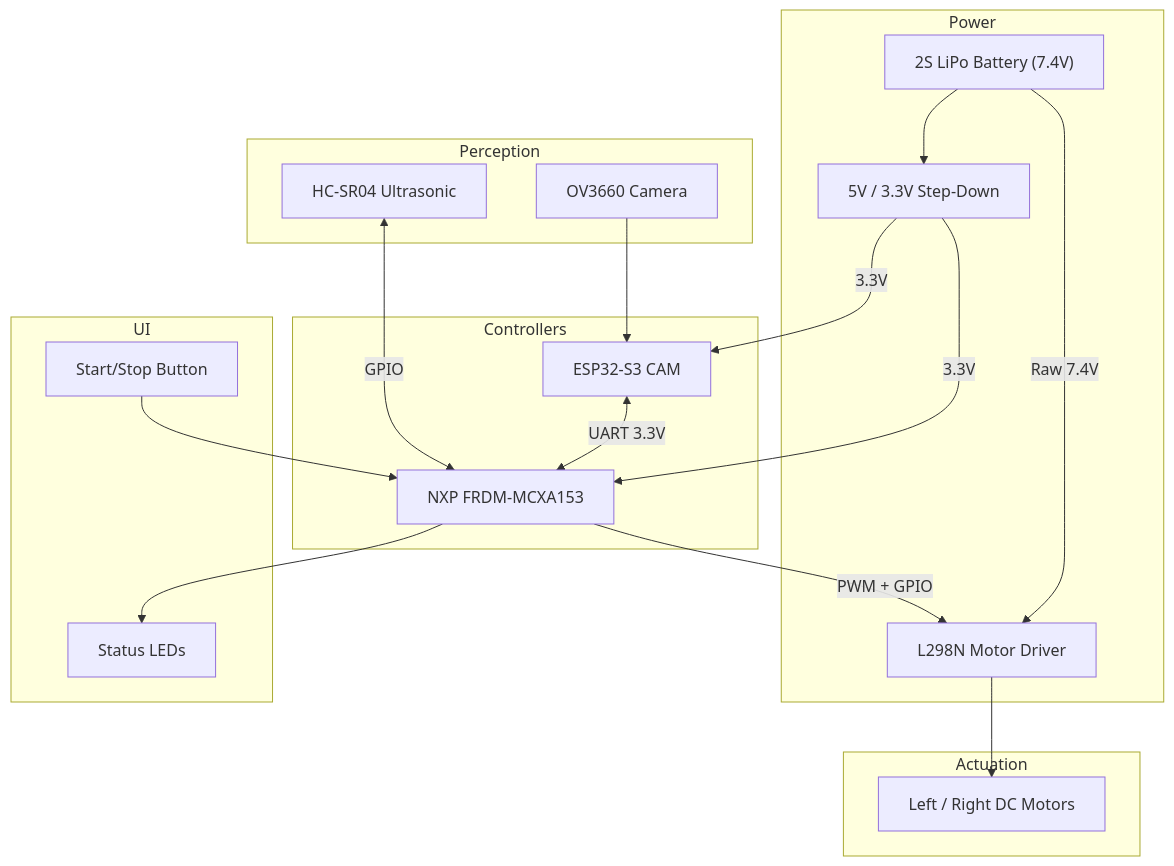
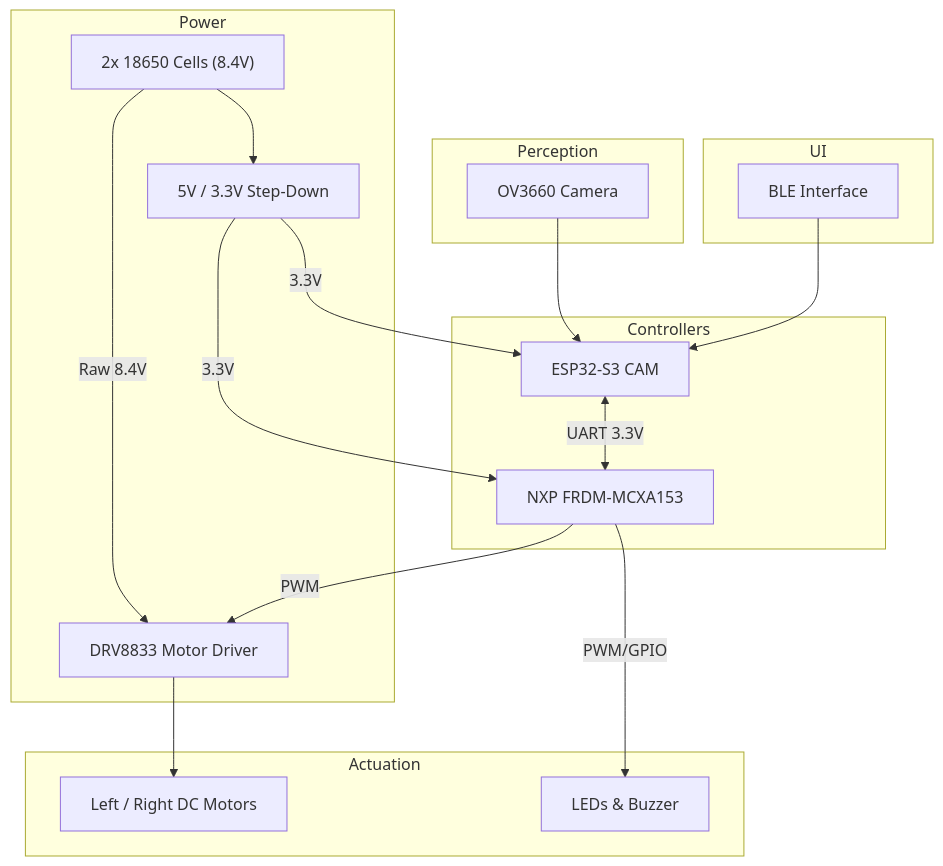
One commit to Cata1022/Autonomous-Vehicle-NXP-IPCEI-GenAI-Embedded-Summer-School changed the second of 2 diagrams in README.md. Above: the diagram before and after it, drawn with Mermaid. The commit also changed other lines of this file and 1606 other files, not shown here.

````diff
--- a/README.md
+++ b/README.md
@@ -93,39 +83,37 @@
 ```mermaid
 flowchart TD
     subgraph Power
-        Battery["2S LiPo Battery (7.4V)"]
+        Battery["2x 18650 Cells (8.4V)"]
         Regulator[5V / 3.3V Step-Down]
         Battery --> Regulator
-        Battery --> |Raw 7.4V| L298N
+        Battery --> |Raw 8.4V| DRV8833
     end
 
     subgraph Perception
         Camera[OV3660 Camera]
-        Ultrasonic[HC-SR04 Ultrasonic]
     end
 
     subgraph Controllers
         ESP32[ESP32-S3 CAM]
         NXP[NXP FRDM-MCXA153]
     end
 
     subgraph Actuation
-        L298N[L298N Motor Driver]
+        DRV8833[DRV8833 Motor Driver]
         Motors[Left / Right DC Motors]
+        TurnSignals[LEDs & Buzzer]
     end
 
     subgraph UI
-        Button[Start/Stop Button]
-        LEDs[Status LEDs]
+        BLE[BLE Interface]
     end
 
     Regulator --> |3.3V| NXP
     Regulator --> |3.3V| ESP32
     Camera --> ESP32
+    BLE --> ESP32
     ESP32 <--> |UART 3.3V| NXP
-    Ultrasonic <--> |GPIO| NXP
-    NXP --> |PWM + GPIO| L298N
-    L298N --> Motors
-    Button --> NXP
-    NXP --> LEDs
+    NXP --> |PWM| DRV8833
+    DRV8833 --> Motors
+    NXP --> |PWM/GPIO| TurnSignals
 ```
````
